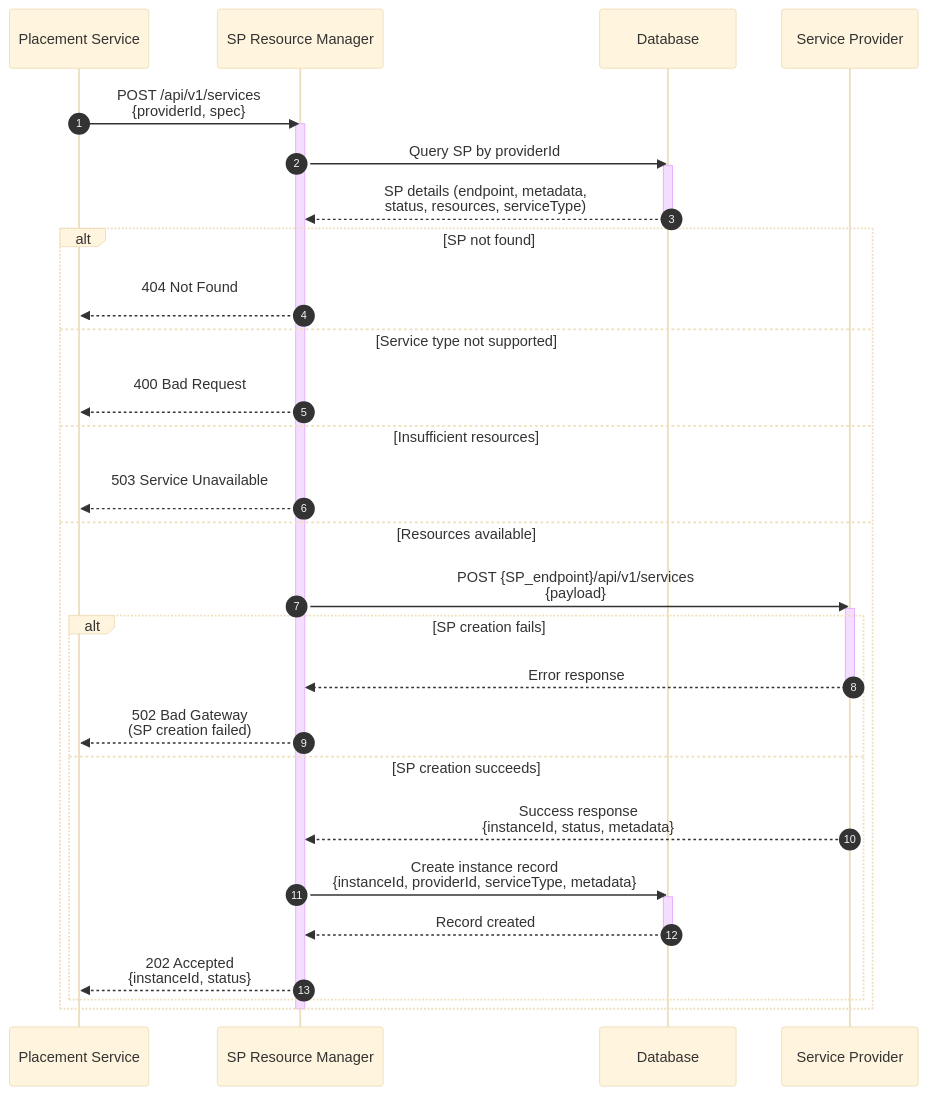
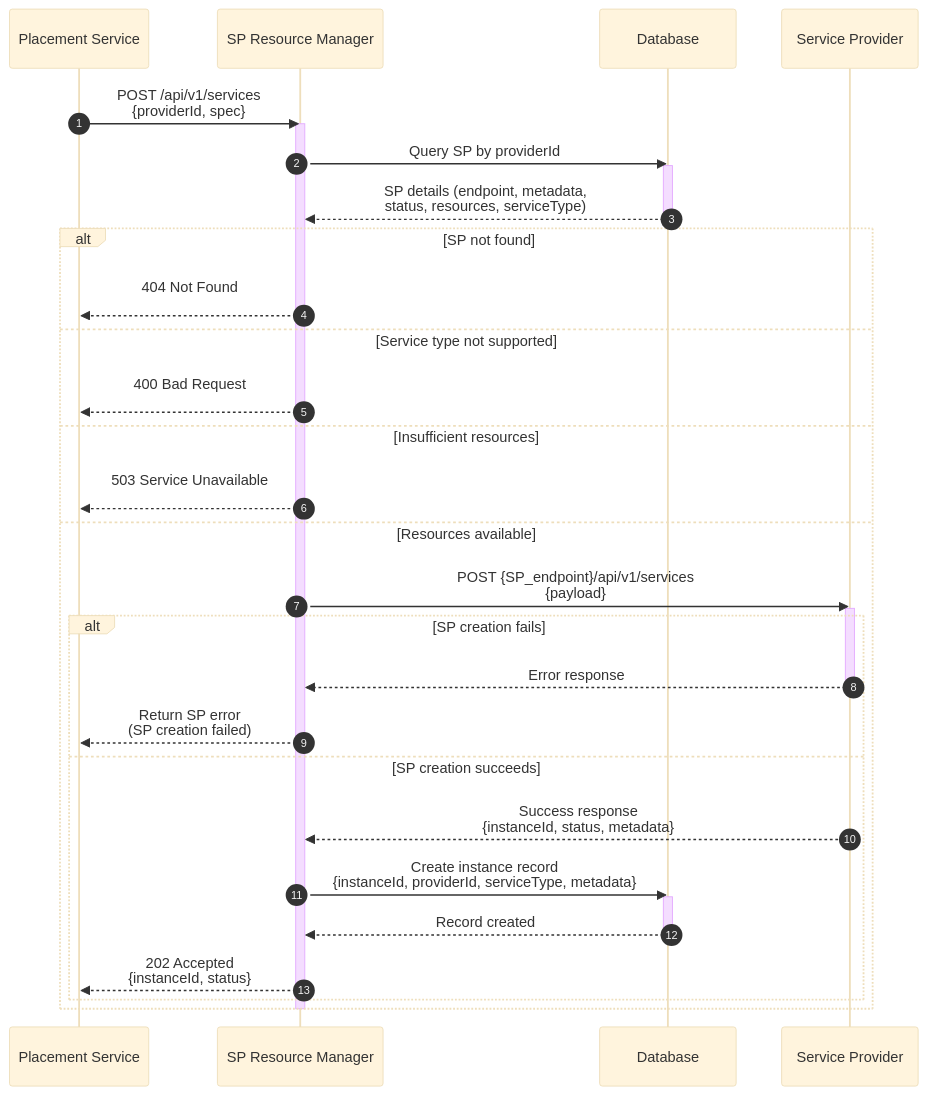
The diagram in enhancements/sp-resource-manager/sp-resource-manager.md (dcm-project/enhancements), drawn with Mermaid (base theme) before and after one commit. The commit also changed other lines of this file, not shown here.

````diff
--- a/enhancements/sp-resource-manager/sp-resource-manager.md
+++ b/enhancements/sp-resource-manager/sp-resource-manager.md
@@ -139,45 +162,45 @@
 ```mermaid
 sequenceDiagram
     autonumber
     participant PS as Placement Service
     participant SPRM as SP Resource Manager
     participant DB as Database
     participant SP as Service Provider
 
     PS->>SPRM: POST /api/v1/services<br/>{providerId, spec}
     activate SPRM
 
 
     SPRM->>DB: Query SP by providerId
     activate DB
     DB-->>SPRM: SP details (endpoint, metadata,<br/>status, resources, serviceType)
     deactivate DB
 
     alt SP not found
         SPRM-->>PS: 404 Not Found<br/>
     else Service type not supported
         SPRM-->>PS: 400 Bad Request<br/>
     else Insufficient resources
         SPRM-->>PS: 503 Service Unavailable<br/>
     else Resources available
 
         SPRM->>SP: POST {SP_endpoint}/api/v1/services<br/>{payload}
         activate SP
 
         alt SP creation fails
             SP-->>SPRM: Error response
             deactivate SP
-            SPRM-->>PS: 502 Bad Gateway<br/>(SP creation failed)
+            SPRM-->>PS: Return SP error<br/>(SP creation failed)
         else SP creation succeeds
             SP-->>SPRM: Success response<br/>{instanceId, status, metadata}
             SPRM->>DB: Create instance record<br/>{instanceId, providerId, serviceType, metadata}
             activate DB
             DB-->>SPRM: Record created
             deactivate DB
 
             SPRM-->>PS: 202 Accepted<br/>{instanceId, status}
         end
     end
 
     deactivate SPRM
 ```
````
